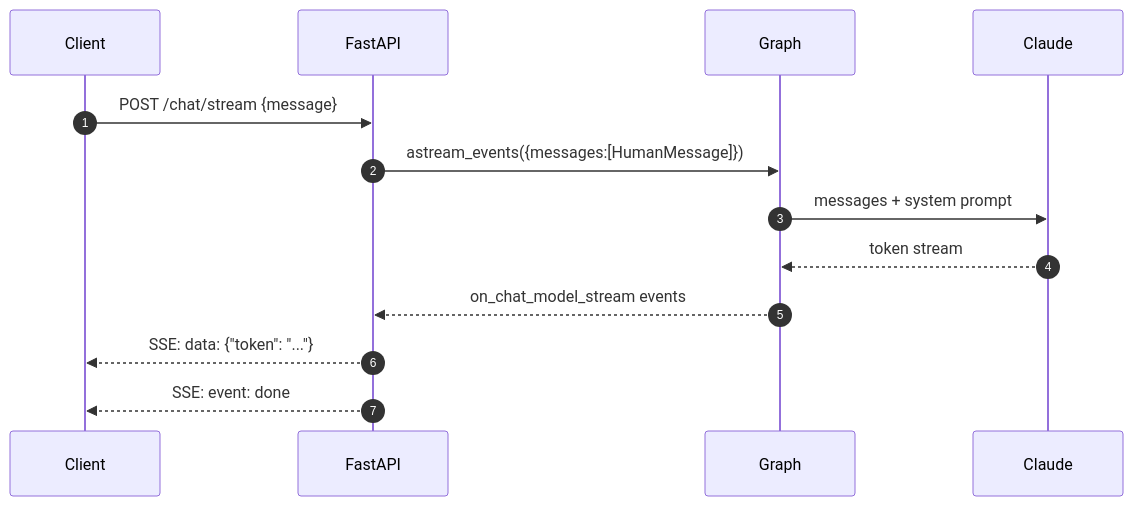
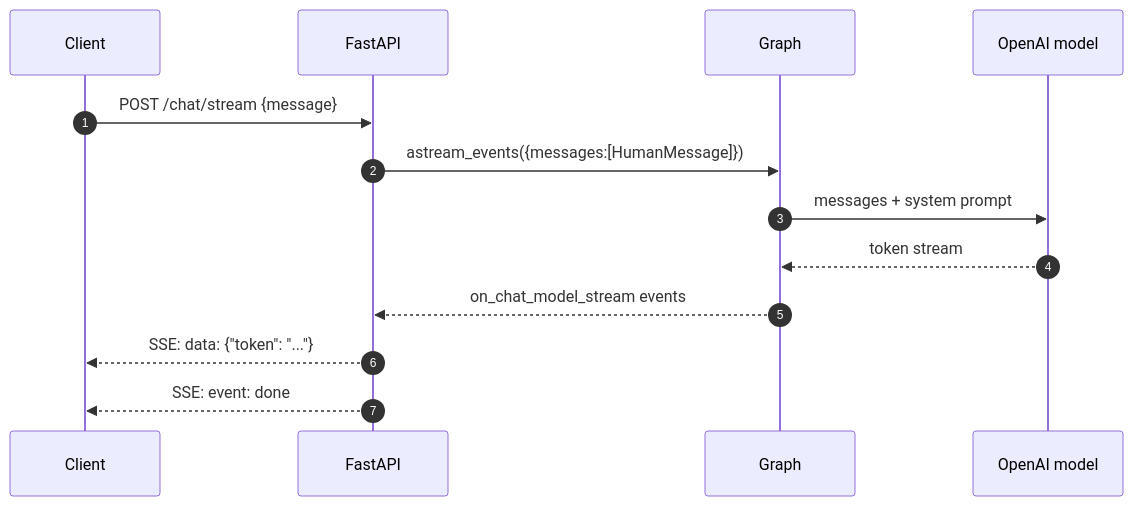
The second of 2 diagrams in docs/phase-1-foundation.md (Anirudh1905/agentic-ai-chatbot), drawn with Mermaid before and after one commit. The commit also changed other lines of this file and 29 other files, not shown here.

````diff
--- a/docs/phase-1-foundation.md
+++ b/docs/phase-1-foundation.md
@@ -39,16 +41,16 @@
 ```mermaid
 sequenceDiagram
     autonumber
     participant C as Client
     participant A as FastAPI
     participant G as Graph
-    participant L as Claude
+    participant L as OpenAI model
 
     C->>A: POST /chat/stream {message}
     A->>G: astream_events({messages:[HumanMessage]})
     G->>L: messages + system prompt
     L-->>G: token stream
     G-->>A: on_chat_model_stream events
     A-->>C: SSE: data: {"token": "..."}
     A-->>C: SSE: event: done
 ```
````
